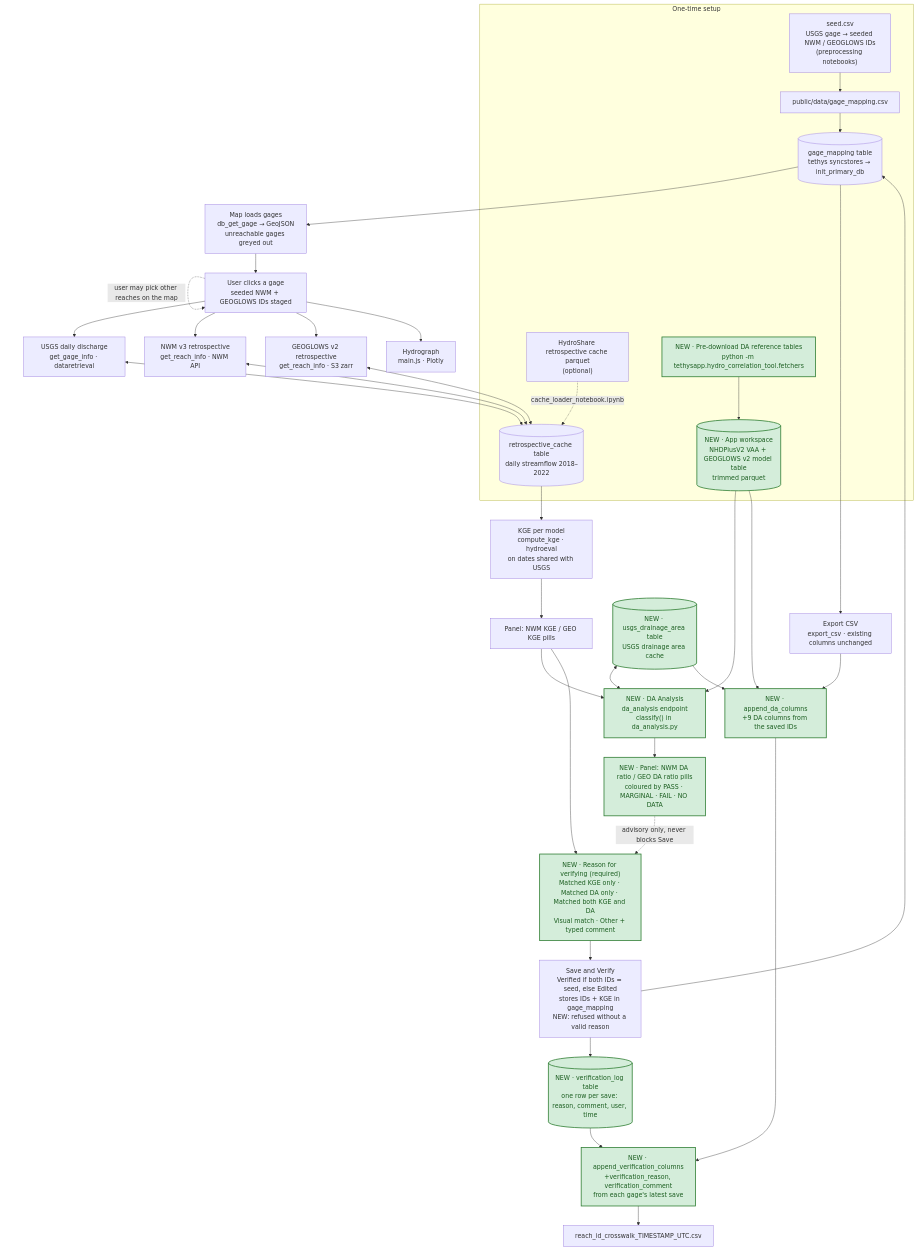
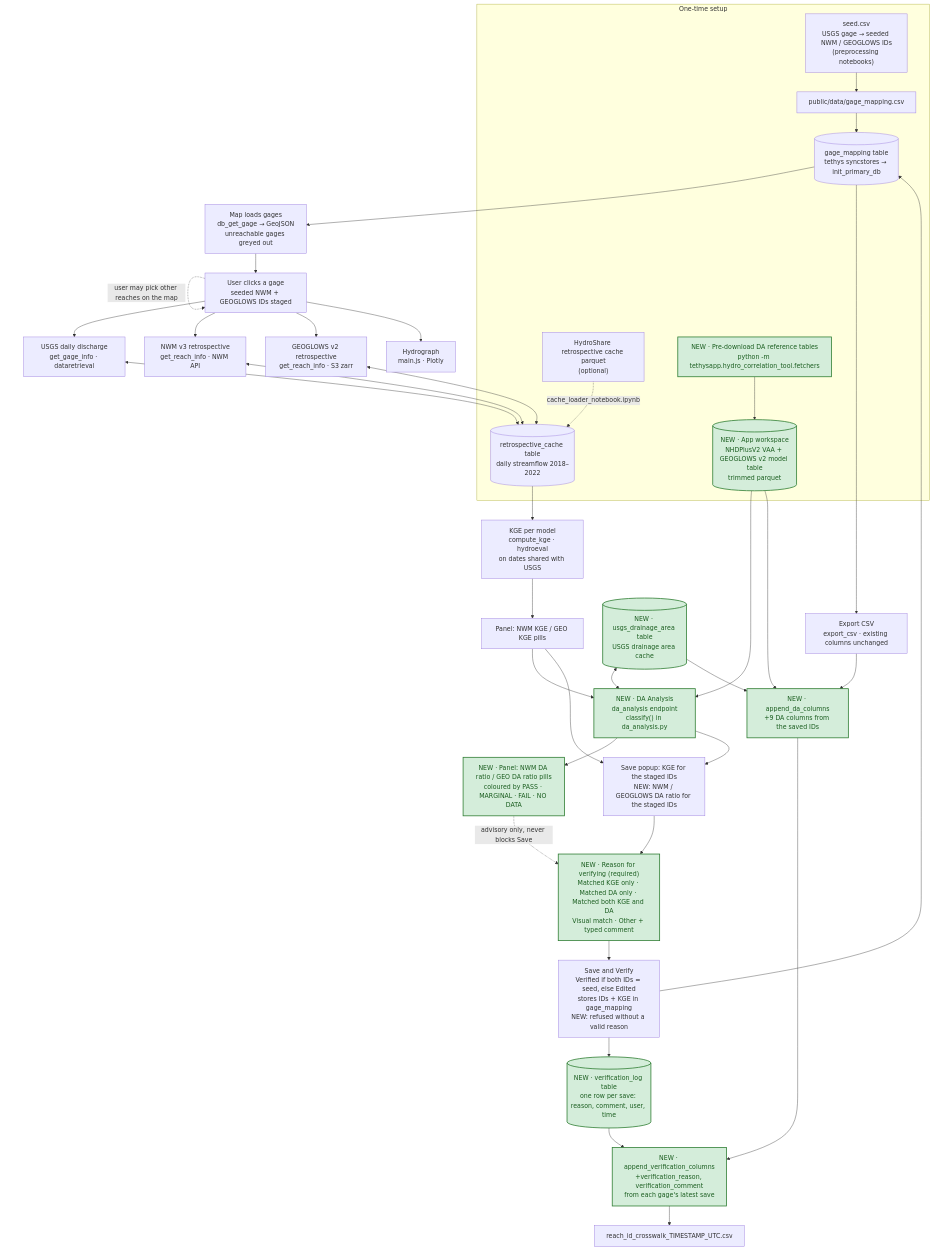
Before and after one commit to gwenhover/hydro-correlation-tool: the diagram in docs/methodology.md, drawn with Mermaid. The commit also changed other lines of this file and 2 other files, not shown here.

Commit message:
Show DA ratios in the Save and Verify popup
The popup now shows "GEOGLOWS DA ratio" / "NWM DA ratio" under its KGE
lines, coloured by class like the panel pills, for the staged IDs about
to be saved. The request starts when the popup opens, in parallel with
KGE, and a late response from an earlier popup is ignored. Advisory only:
it never touches the confirm button or the save payload. If DA can't be
loaded both lines show N/A in grey.

docs/methodology.md: new "Save popup" step in the flowchart and a change
log entry.

````diff
--- a/docs/methodology.md
+++ b/docs/methodology.md
@@ -7,51 +7,53 @@
 ```mermaid
 flowchart TD
     subgraph SETUP["One-time setup"]
         SEED["seed.csv<br/>USGS gage → seeded NWM / GEOGLOWS IDs<br/>(preprocessing notebooks)"]
         MAPCSV["public/data/gage_mapping.csv"]
         DB[("gage_mapping table<br/>tethys syncstores → init_primary_db")]
         HS["HydroShare retrospective cache parquet<br/>(optional)"]
         CACHE[("retrospective_cache table<br/>daily streamflow 2018–2022")]
         DAPRE["NEW · Pre-download DA reference tables<br/>python -m tethysapp.hydro_correlation_tool.fetchers"]
         DAREF[("NEW · App workspace<br/>NHDPlusV2 VAA + GEOGLOWS v2 model table<br/>trimmed parquet")]
         SEED --> MAPCSV --> DB
         HS -. "cache_loader_notebook.ipynb" .-> CACHE
         DAPRE --> DAREF
     end
 
     DB --> MAP["Map loads gages<br/>db_get_gage → GeoJSON<br/>unreachable gages greyed out"]
     MAP --> CLICK["User clicks a gage<br/>seeded NWM + GEOGLOWS IDs staged"]
     CLICK -. "user may pick other reaches on the map" .-> CLICK
 
     CLICK --> USGS["USGS daily discharge<br/>get_gage_info · dataretrieval"]
     CLICK --> NWM["NWM v3 retrospective<br/>get_reach_info · NWM API"]
     CLICK --> GEO["GEOGLOWS v2 retrospective<br/>get_reach_info · S3 zarr"]
     USGS <--> CACHE
     NWM <--> CACHE
     GEO <--> CACHE
     CLICK --> HYDRO["Hydrograph<br/>main.js · Plotly"]
 
     CACHE --> KGE["KGE per model<br/>compute_kge · hydroeval<br/>on dates shared with USGS"]
     KGE --> KGEPILLS["Panel: NWM KGE / GEO KGE pills"]
     KGEPILLS --> DA["NEW · DA Analysis<br/>da_analysis endpoint<br/>classify() in da_analysis.py"]
     DAREF --> DA
     USGSDA[("NEW · usgs_drainage_area table<br/>USGS drainage area cache")] <--> DA
     DA --> DAPILLS["NEW · Panel: NWM DA ratio / GEO DA ratio pills<br/>coloured by PASS · MARGINAL · FAIL · NO DATA"]
 
-    KGEPILLS --> REASON["NEW · Reason for verifying (required)<br/>Matched KGE only · Matched DA only · Matched both KGE and DA<br/>Visual match · Other + typed comment"]
+    KGEPILLS --> SAVEPOP["Save popup: KGE for the staged IDs<br/>NEW: NWM / GEOGLOWS DA ratio for the staged IDs"]
+    DA --> SAVEPOP
+    SAVEPOP --> REASON["NEW · Reason for verifying (required)<br/>Matched KGE only · Matched DA only · Matched both KGE and DA<br/>Visual match · Other + typed comment"]
     DAPILLS -. "advisory only, never blocks Save" .-> REASON
     REASON --> SAVE["Save and Verify<br/>Verified if both IDs = seed, else Edited<br/>stores IDs + KGE in gage_mapping<br/>NEW: refused without a valid reason"]
     SAVE --> DB
     SAVE --> VLOG[("NEW · verification_log table<br/>one row per save: reason, comment, user, time")]
 
     DB --> EXPORT["Export CSV<br/>export_csv · existing columns unchanged"]
     EXPORT --> DACOLS["NEW · append_da_columns<br/>+9 DA columns from the saved IDs"]
     DAREF --> DACOLS
     USGSDA --> DACOLS
     DACOLS --> VCOLS["NEW · append_verification_columns<br/>+verification_reason, verification_comment<br/>from each gage's latest save"]
     VLOG --> VCOLS
     VCOLS --> CSV["reach_id_crosswalk_TIMESTAMP_UTC.csv"]
 
     classDef new fill:#d4edda,stroke:#2e7d32,stroke-width:2px,color:#1b5e20;
     class DAPRE,DAREF,DA,USGSDA,DAPILLS,DACOLS,REASON,VLOG,VCOLS new;
 ```
````
